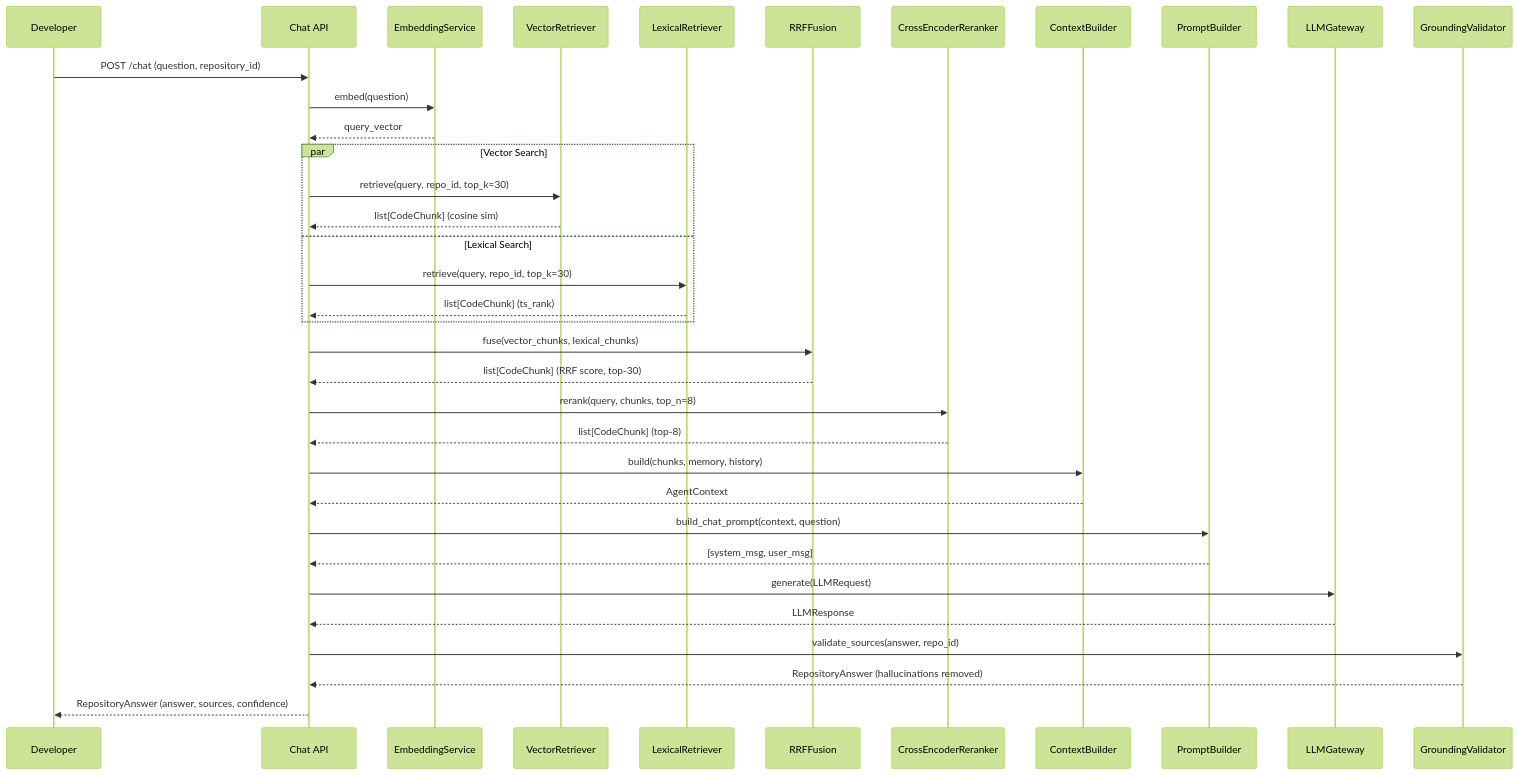
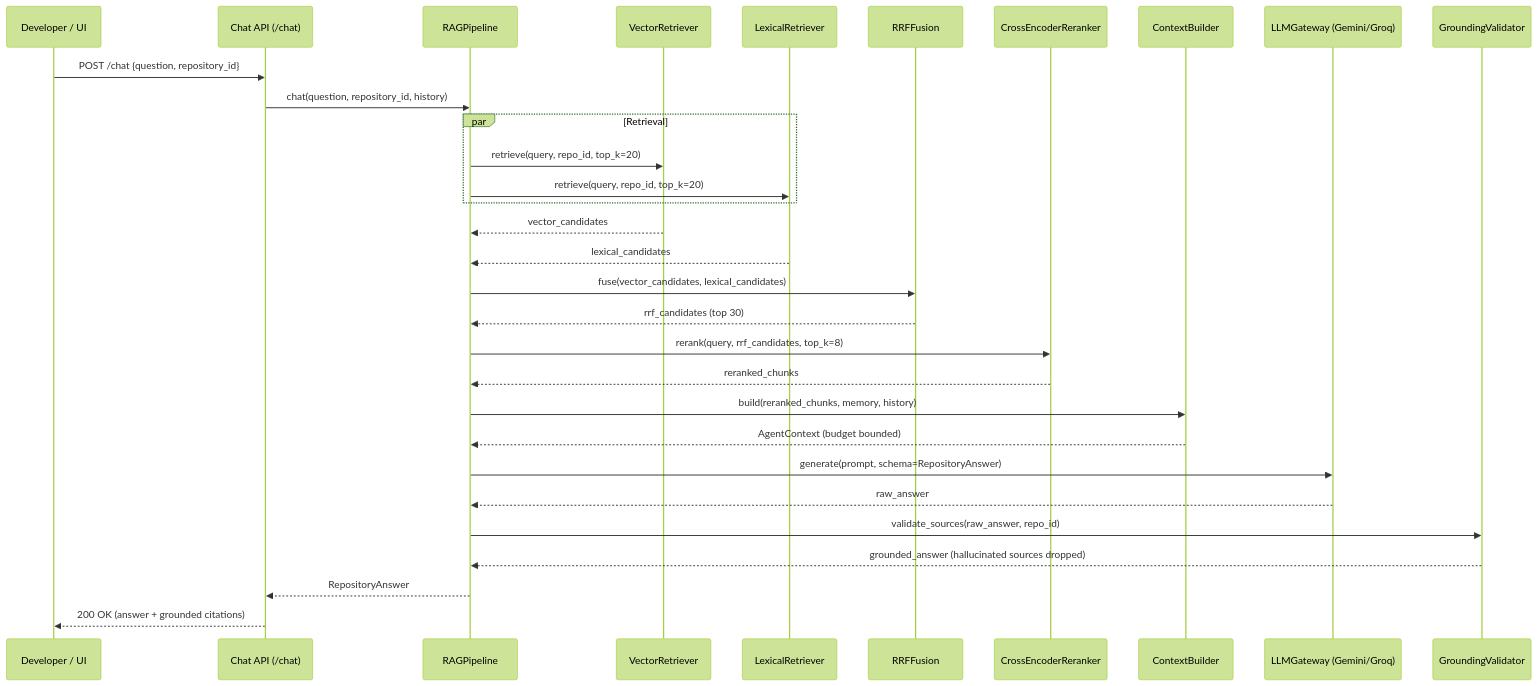
One commit to Meetvirugama/AI-Powered-Software-Development-Platform changed the second of 2 diagrams in Docs/engineering/05_system_architecture.md. Above: the diagram before and after it, drawn with Mermaid (forest theme). The commit also changed other lines of this file and 20 other files, not shown here.

First line of the commit message:
docs: align all documentation files with implementation and Week 2/3 roadmap

````diff
--- a/Docs/engineering/05_system_architecture.md
+++ b/Docs/engineering/05_system_architecture.md
@@ -108,46 +113,34 @@
 ```mermaid
 sequenceDiagram
-    participant Dev as Developer
-    participant ChatAPI as Chat API
-    participant EmbSvc as EmbeddingService
+    participant Dev as Developer / UI
+    participant ChatAPI as Chat API (/chat)
+    participant Pipe as RAGPipeline
     participant VecRet as VectorRetriever
     participant LexRet as LexicalRetriever
     participant RRF as RRFFusion
     participant Rerank as CrossEncoderReranker
     participant CtxB as ContextBuilder
-    participant PB as PromptBuilder
-    participant LLM as LLMGateway
+    participant LLM as LLMGateway (Gemini/Groq)
     participant GV as GroundingValidator
 
-    Dev->>ChatAPI: POST /chat (question, repository_id)
-    ChatAPI->>EmbSvc: embed(question)
-    EmbSvc-->>ChatAPI: query_vector
-
-    par Vector Search
-        ChatAPI->>VecRet: retrieve(query, repo_id, top_k=30)
-        VecRet-->>ChatAPI: list[CodeChunk] (cosine sim)
-    and Lexical Search
-        ChatAPI->>LexRet: retrieve(query, repo_id, top_k=30)
-        LexRet-->>ChatAPI: list[CodeChunk] (ts_rank)
+    Dev->>ChatAPI: POST /chat {question, repository_id}
+    ChatAPI->>Pipe: chat(question, repository_id, history)
+    par Retrieval
+        Pipe->>VecRet: retrieve(query, repo_id, top_k=20)
+        Pipe->>LexRet: retrieve(query, repo_id, top_k=20)
     end
-
-    ChatAPI->>RRF: fuse(vector_chunks, lexical_chunks)
-    RRF-->>ChatAPI: list[CodeChunk] (RRF score, top-30)
-
-    ChatAPI->>Rerank: rerank(query, chunks, top_n=8)
-    Rerank-->>ChatAPI: list[CodeChunk] (top-8)
-
-    ChatAPI->>CtxB: build(chunks, memory, history)
-    CtxB-->>ChatAPI: AgentContext
-
-    ChatAPI->>PB: build_chat_prompt(context, question)
-    PB-->>ChatAPI: [system_msg, user_msg]
-
-    ChatAPI->>LLM: generate(LLMRequest)
-    LLM-->>ChatAPI: LLMResponse
-
-    ChatAPI->>GV: validate_sources(answer, repo_id)
-    GV-->>ChatAPI: RepositoryAnswer (hallucinations removed)
-
-    ChatAPI-->>Dev: RepositoryAnswer (answer, sources, confidence)
+    VecRet-->>Pipe: vector_candidates
+    LexRet-->>Pipe: lexical_candidates
+    Pipe->>RRF: fuse(vector_candidates, lexical_candidates)
+    RRF-->>Pipe: rrf_candidates (top 30)
+    Pipe->>Rerank: rerank(query, rrf_candidates, top_k=8)
+    Rerank-->>Pipe: reranked_chunks
+    Pipe->>CtxB: build(reranked_chunks, memory, history)
+    CtxB-->>Pipe: AgentContext (budget bounded)
+    Pipe->>LLM: generate(prompt, schema=RepositoryAnswer)
+    LLM-->>Pipe: raw_answer
+    Pipe->>GV: validate_sources(raw_answer, repo_id)
+    GV-->>Pipe: grounded_answer (hallucinated sources dropped)
+    Pipe-->>ChatAPI: RepositoryAnswer
+    ChatAPI-->>Dev: 200 OK (answer + grounded citations)
 ```
````
